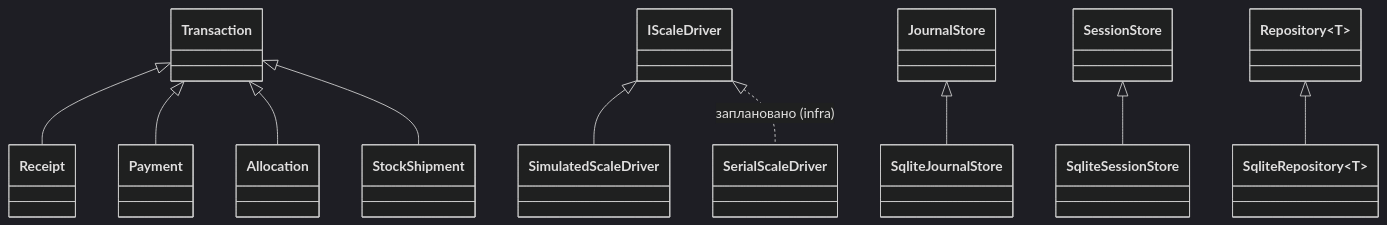
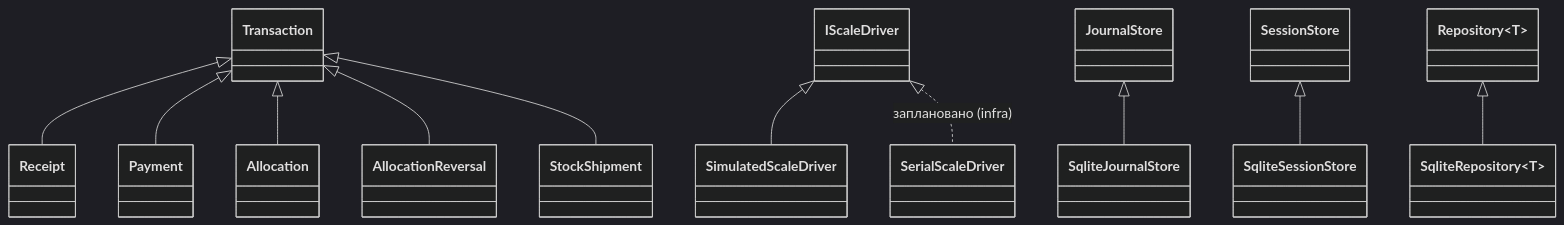
One commit to IsNazarii/Berry-WMS-Terminal changed the diagram in docs/course_mapping.md. Above: the diagram before and after it, drawn with Mermaid (dark theme). The commit also changed other lines of this file and 8 other files, not shown here.

````diff
--- a/docs/course_mapping.md
+++ b/docs/course_mapping.md
@@ -38,12 +38,13 @@
 ```mermaid
 classDiagram
     Transaction <|-- Receipt
     Transaction <|-- Payment
     Transaction <|-- Allocation
+    Transaction <|-- AllocationReversal
     Transaction <|-- StockShipment
     IScaleDriver <|-- SimulatedScaleDriver
     IScaleDriver <|.. SerialScaleDriver : заплановано (infra)
     JournalStore <|-- SqliteJournalStore
     SessionStore <|-- SqliteSessionStore
     Repository~T~ <|-- SqliteRepository~T~
 ```
````
